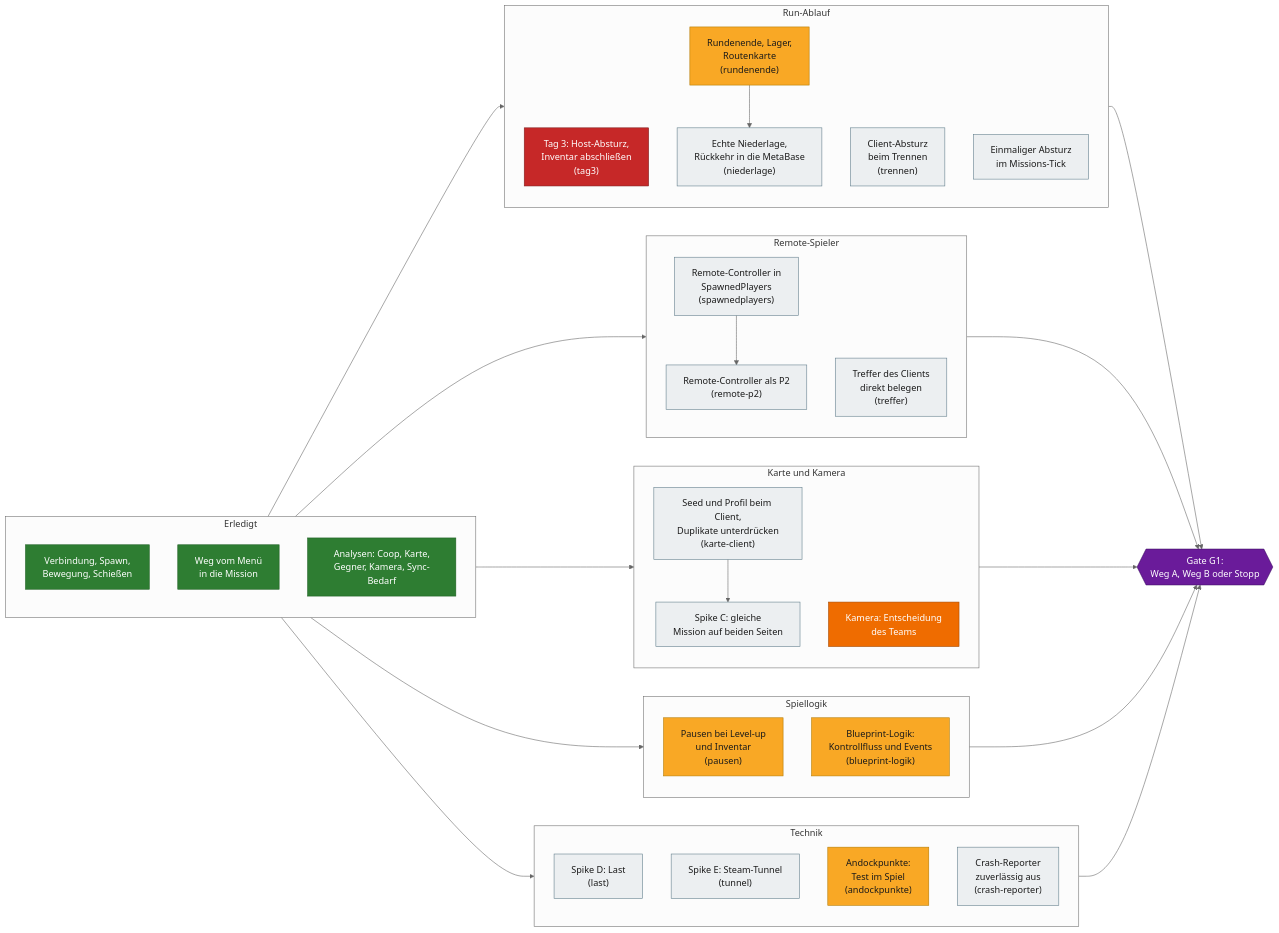
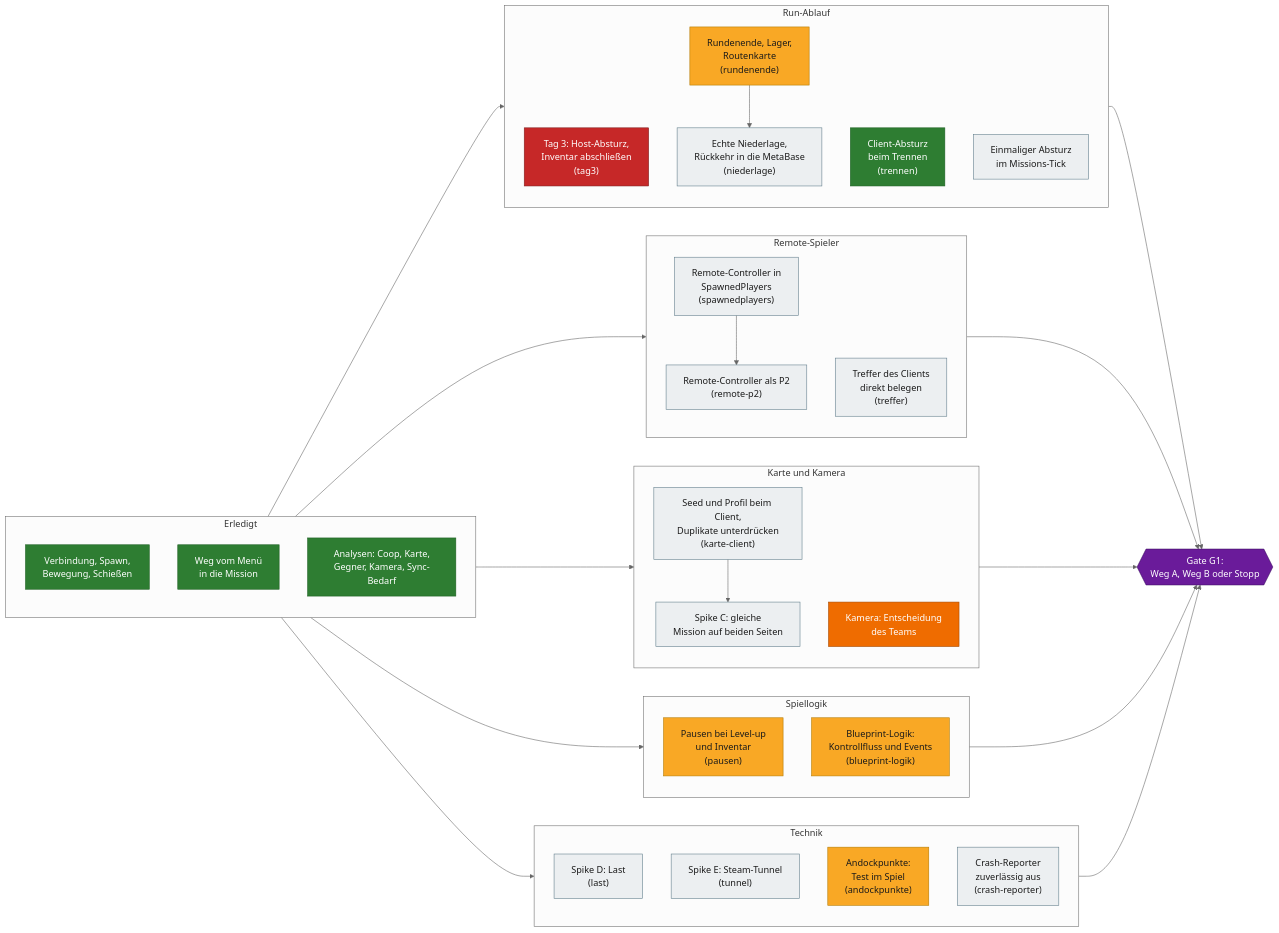
The second of 4 diagrams in docs/ROADMAP.md (VitaminStack/Deadly-Days-Roadtrip-Multiplayer-Mod), drawn with Mermaid (neutral theme) before and after one commit. The commit also changed 6 other files, not shown here.

First line of the commit message:
trennen: Client-Absturz beim Trennen (0x5975A6A) geklärt (#25)

````diff
--- a/docs/ROADMAP.md
+++ b/docs/ROADMAP.md
@@ -71,64 +71,64 @@
 ```mermaid
 flowchart LR
     subgraph BASIS["Erledigt"]
         A1["Verbindung, Spawn,<br/>Bewegung, Schießen"]:::done
         A2["Weg vom Menü<br/>in die Mission"]:::done
         A3["Analysen: Coop, Karte,<br/>Gegner, Kamera, Sync-Bedarf"]:::done
     end
 
     subgraph RUN["Run-Ablauf"]
         T3["Tag 3: Host-Absturz,<br/>Inventar abschließen<br/>(tag3)"]:::blocker
         RE["Rundenende, Lager,<br/>Routenkarte<br/>(rundenende)"]:::wip
         NI["Echte Niederlage,<br/>Rückkehr in die MetaBase<br/>(niederlage)"]:::open
-        TR["Client-Absturz<br/>beim Trennen<br/>(trennen)"]:::open
+        TR["Client-Absturz<br/>beim Trennen<br/>(trennen)"]:::done
         MT["Einmaliger Absturz<br/>im Missions-Tick"]:::open
         RE --> NI
     end
 
     subgraph SPIELER["Remote-Spieler"]
         SP["Remote-Controller in<br/>SpawnedPlayers<br/>(spawnedplayers)"]:::open
         RP["Remote-Controller als P2<br/>(remote-p2)"]:::open
         TF["Treffer des Clients<br/>direkt belegen<br/>(treffer)"]:::open
         SP --> RP
     end
 
     subgraph WELT["Karte und Kamera"]
         KC["Seed und Profil beim Client,<br/>Duplikate unterdrücken<br/>(karte-client)"]:::open
         SC["Spike C: gleiche<br/>Mission auf beiden Seiten"]:::open
         KE["Kamera: Entscheidung<br/>des Teams"]:::decision
         KC --> SC
     end
 
     subgraph LOGIK["Spiellogik"]
         PA["Pausen bei Level-up<br/>und Inventar<br/>(pausen)"]:::wip
         BP["Blueprint-Logik:<br/>Kontrollfluss und Events<br/>(blueprint-logik)"]:::wip
     end
 
     subgraph TECHNIK["Technik"]
         LA["Spike D: Last<br/>(last)"]:::open
         TU["Spike E: Steam-Tunnel<br/>(tunnel)"]:::open
         AP["Andockpunkte:<br/>Test im Spiel<br/>(andockpunkte)"]:::wip
         CR["Crash-Reporter<br/>zuverlässig aus<br/>(crash-reporter)"]:::open
     end
 
     BASIS --> RUN
     BASIS --> SPIELER
     BASIS --> WELT
     BASIS --> LOGIK
     BASIS --> TECHNIK
 
     RUN --> G1
     SPIELER --> G1
     WELT --> G1
     LOGIK --> G1
     TECHNIK --> G1
 
     G1{{"Gate G1:<br/>Weg A, Weg B oder Stopp"}}:::gate
 
     classDef done fill:#2e7d32,stroke:#1b5e20,color:#ffffff
     classDef wip fill:#f9a825,stroke:#b27a00,color:#1a1a1a
     classDef open fill:#eceff1,stroke:#607d8b,color:#1a1a1a
     classDef blocker fill:#c62828,stroke:#7f1d1d,color:#ffffff
     classDef decision fill:#ef6c00,stroke:#a34800,color:#ffffff
     classDef gate fill:#6a1b9a,stroke:#3e1163,color:#ffffff
 ```
````
